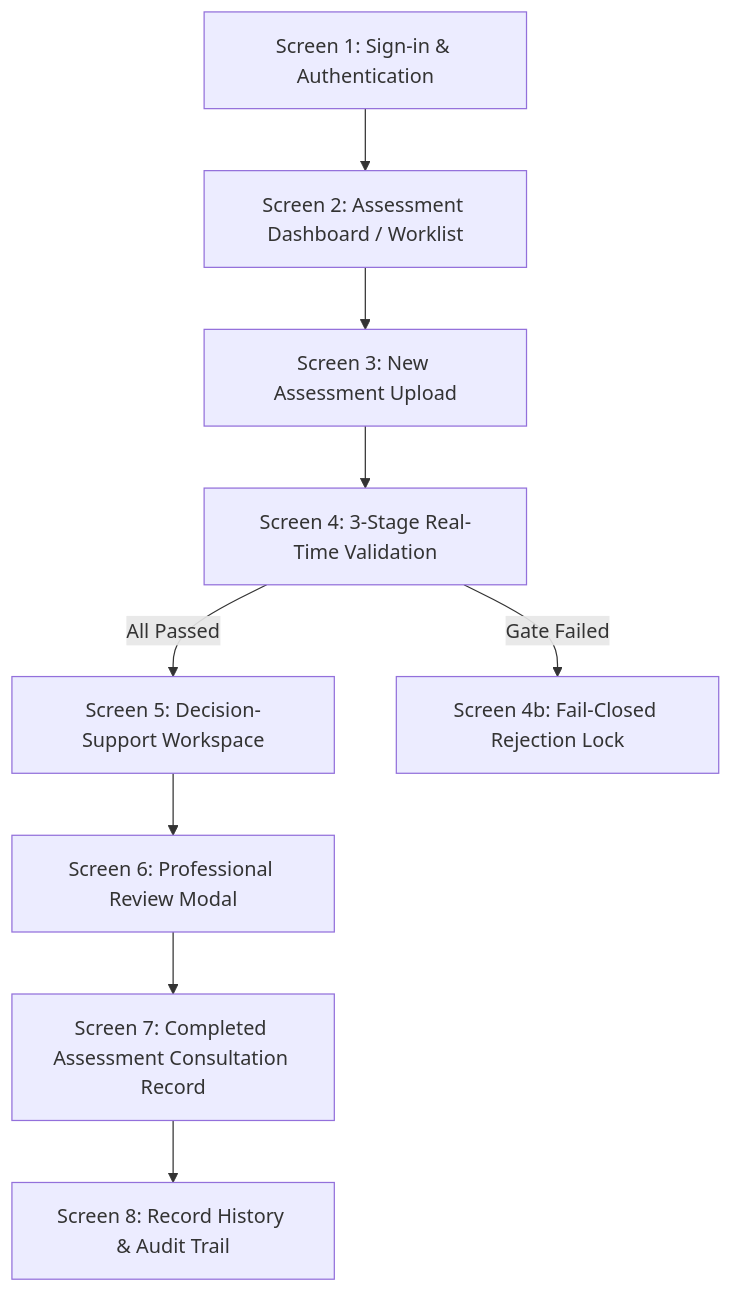
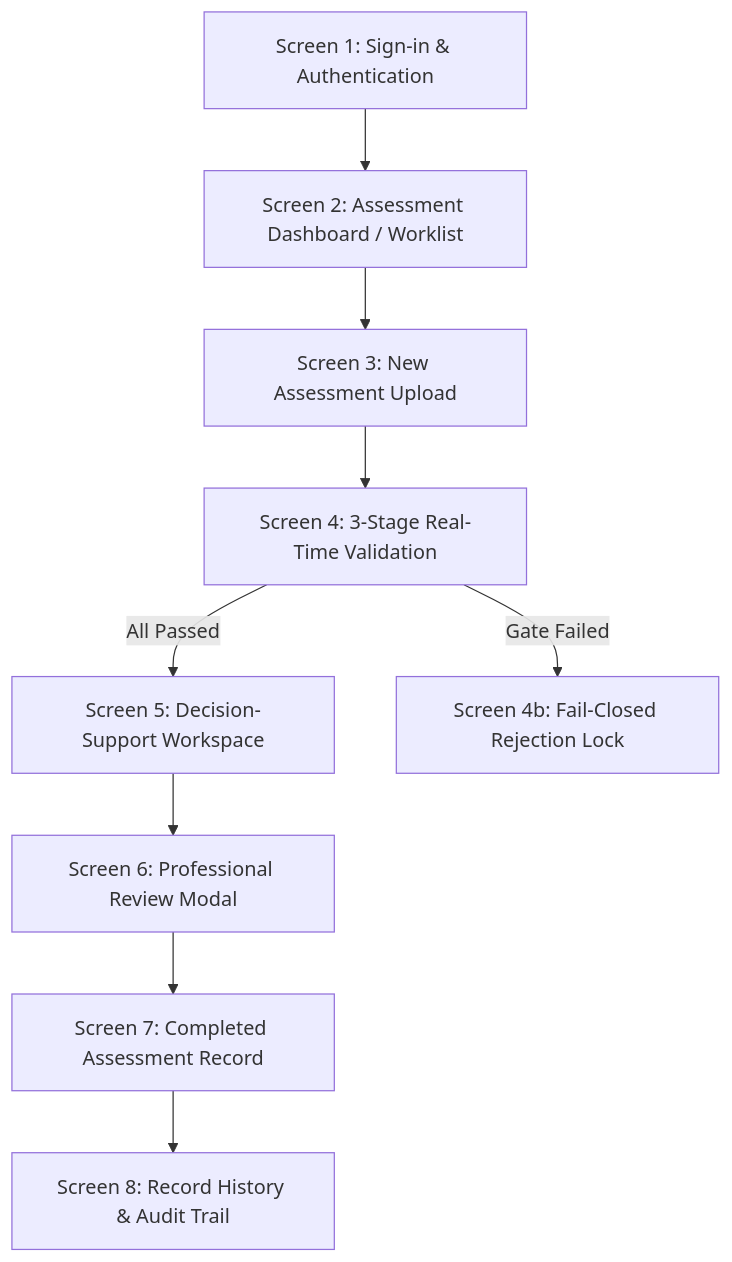
The diagram in docs/TESTING_RUNBOOK.md (CloudTechy/diabetic-retinopathy-cdss), drawn with Mermaid before and after one commit. The commit also changed other lines of this file and 12 other files, not shown here.

````diff
--- a/docs/TESTING_RUNBOOK.md
+++ b/docs/TESTING_RUNBOOK.md
@@ -103,11 +103,11 @@
 ```mermaid
 flowchart TD
     S1["Screen 1: Sign-in & Authentication"] --> S2["Screen 2: Assessment Dashboard / Worklist"]
     S2 --> S3["Screen 3: New Assessment Upload"]
     S3 --> S4["Screen 4: 3-Stage Real-Time Validation"]
     S4 -->|All Passed| S5["Screen 5: Decision-Support Workspace"]
     S4 -->|Gate Failed| S4b["Screen 4b: Fail-Closed Rejection Lock"]
     S5 --> S6["Screen 6: Professional Review Modal"]
-    S6 --> S7["Screen 7: Completed Assessment Consultation Record"]
+    S6 --> S7["Screen 7: Completed Assessment Record"]
     S7 --> S8["Screen 8: Record History & Audit Trail"]
 ```
````
